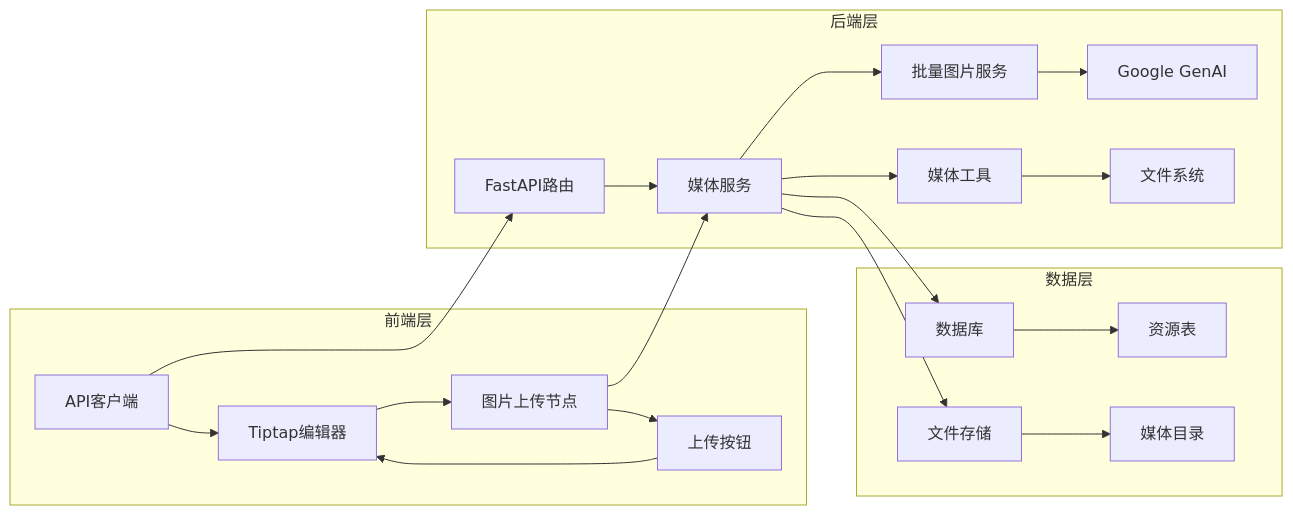
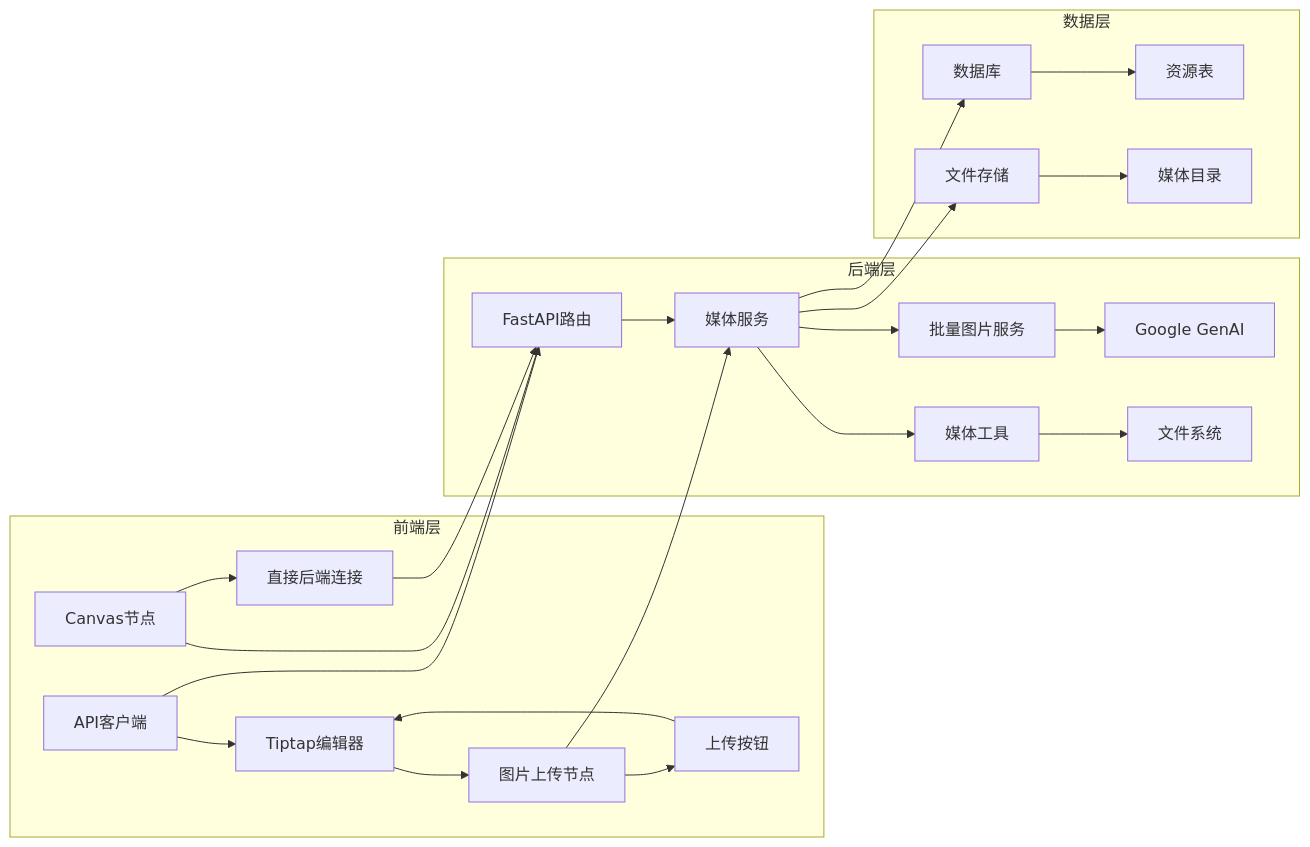
One commit to KunLabAI/KunFlix changed the seventh of 7 diagrams in .qoder/repowiki/zh/content/Media Upload System.md. Above: the diagram before and after it, drawn with Mermaid. The commit also changed other lines of this file and 39 other files, not shown here.

````diff
--- a/.qoder/repowiki/zh/content/Media Upload System.md
+++ b/.qoder/repowiki/zh/content/Media Upload System.md
@@ -272,24 +350,27 @@
 ```mermaid
 graph LR
 subgraph "前端层"
 A[API客户端] --> B[Tiptap编辑器]
 B --> C[图片上传节点]
 C --> D[上传按钮]
+E[Canvas节点] --> F[直接后端连接]
 end
 subgraph "后端层"
-E[FastAPI路由] --> F[媒体服务]
-F --> G[批量图片服务]
-F --> H[媒体工具]
-G --> I[Google GenAI]
-H --> J[文件系统]
+G[FastAPI路由] --> H[媒体服务]
+H --> I[批量图片服务]
+H --> J[媒体工具]
+I --> K[Google GenAI]
+J --> L[文件系统]
 end
 subgraph "数据层"
-K[数据库] --> L[资源表]
-M[文件存储] --> N[媒体目录]
+M[数据库] --> N[资源表]
+O[文件存储] --> P[媒体目录]
 end
-A --> E
-C --> F
+A --> G
+C --> H
 D --> B
-F --> K
-F --> M
+E --> G
+F --> G
+H --> M
+H --> O
 ```
````
